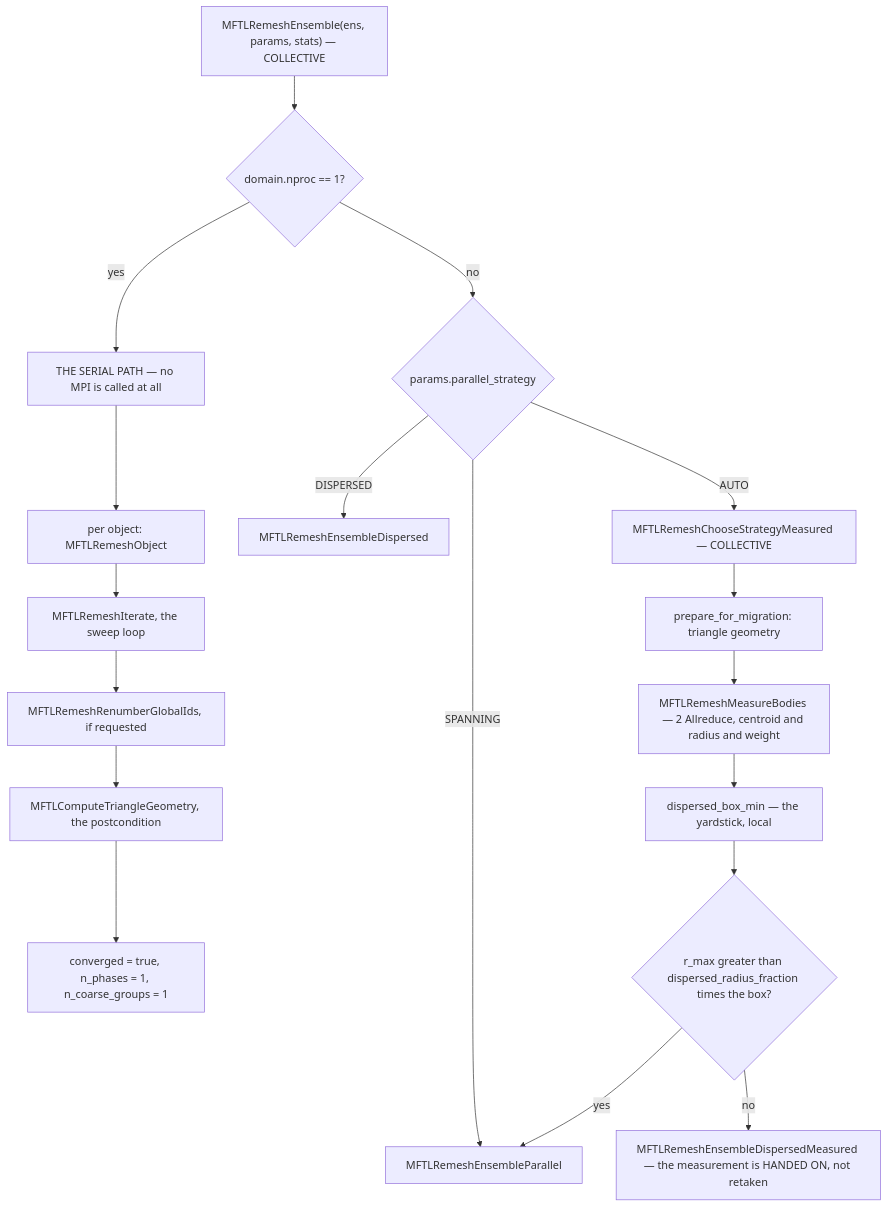
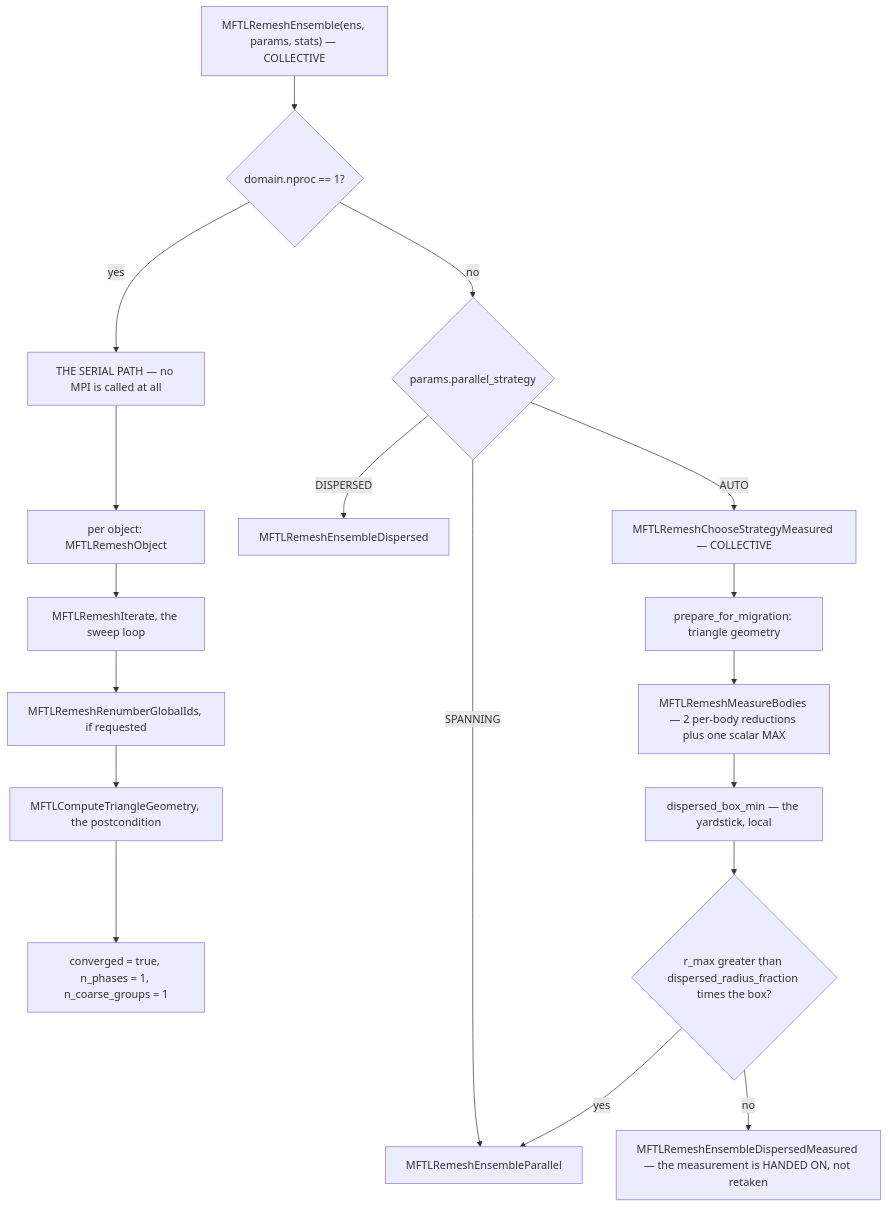
One commit to Chris-Gorges/MFTL2 changed the second of 5 diagrams in src/remeshing/README.md. Above: the diagram before and after it, drawn with Mermaid. The commit also changed other lines of this file and 48 other files, not shown here.

````diff
--- a/src/remeshing/README.md
+++ b/src/remeshing/README.md
@@ -548,22 +549,22 @@
 ```mermaid
 flowchart TD
   A["MFTLRemeshEnsemble(ens, params, stats) — COLLECTIVE"] --> B{"domain.nproc == 1?"}
   B -->|yes| S["THE SERIAL PATH — no MPI is called at all"]
   S --> S1["per object: MFTLRemeshObject"]
   S1 --> S2["MFTLRemeshIterate, the sweep loop"]
   S2 --> S3["MFTLRemeshRenumberGlobalIds, if requested"]
   S3 --> S4["MFTLComputeTriangleGeometry, the postcondition"]
   S4 --> S5["converged = true, n_phases = 1, n_coarse_groups = 1"]
 
   B -->|no| P{"params.parallel_strategy"}
   P -->|SPANNING| SP["MFTLRemeshEnsembleParallel"]
   P -->|DISPERSED| DI["MFTLRemeshEnsembleDispersed"]
   P -->|AUTO| M["MFTLRemeshChooseStrategyMeasured — COLLECTIVE"]
 
   M --> M1["prepare_for_migration: triangle geometry"]
-  M1 --> M2["MFTLRemeshMeasureBodies — 2 Allreduce, centroid and radius and weight"]
+  M1 --> M2["MFTLRemeshMeasureBodies — 2 per-body reductions plus one scalar MAX"]
   M2 --> M3["dispersed_box_min — the yardstick, local"]
   M3 --> R{"r_max greater than dispersed_radius_fraction times the box?"}
   R -->|yes| SP
   R -->|no| DM["MFTLRemeshEnsembleDispersedMeasured — the measurement is HANDED ON, not retaken"]
 ```
````
